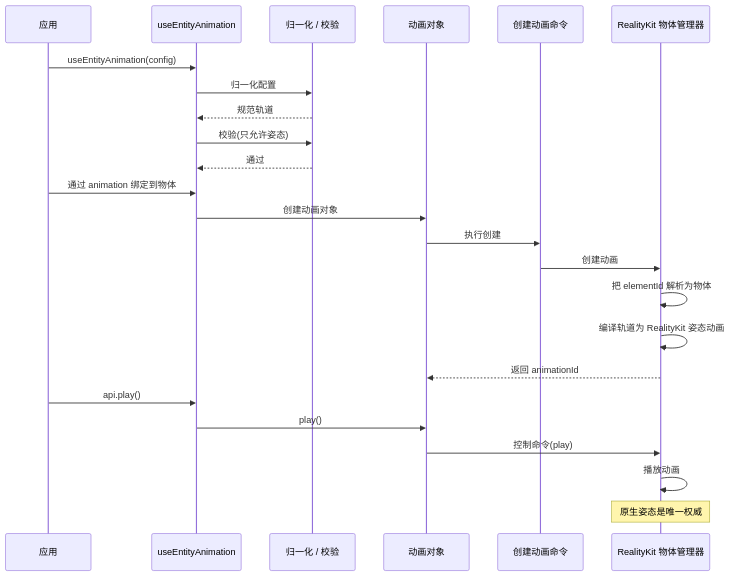
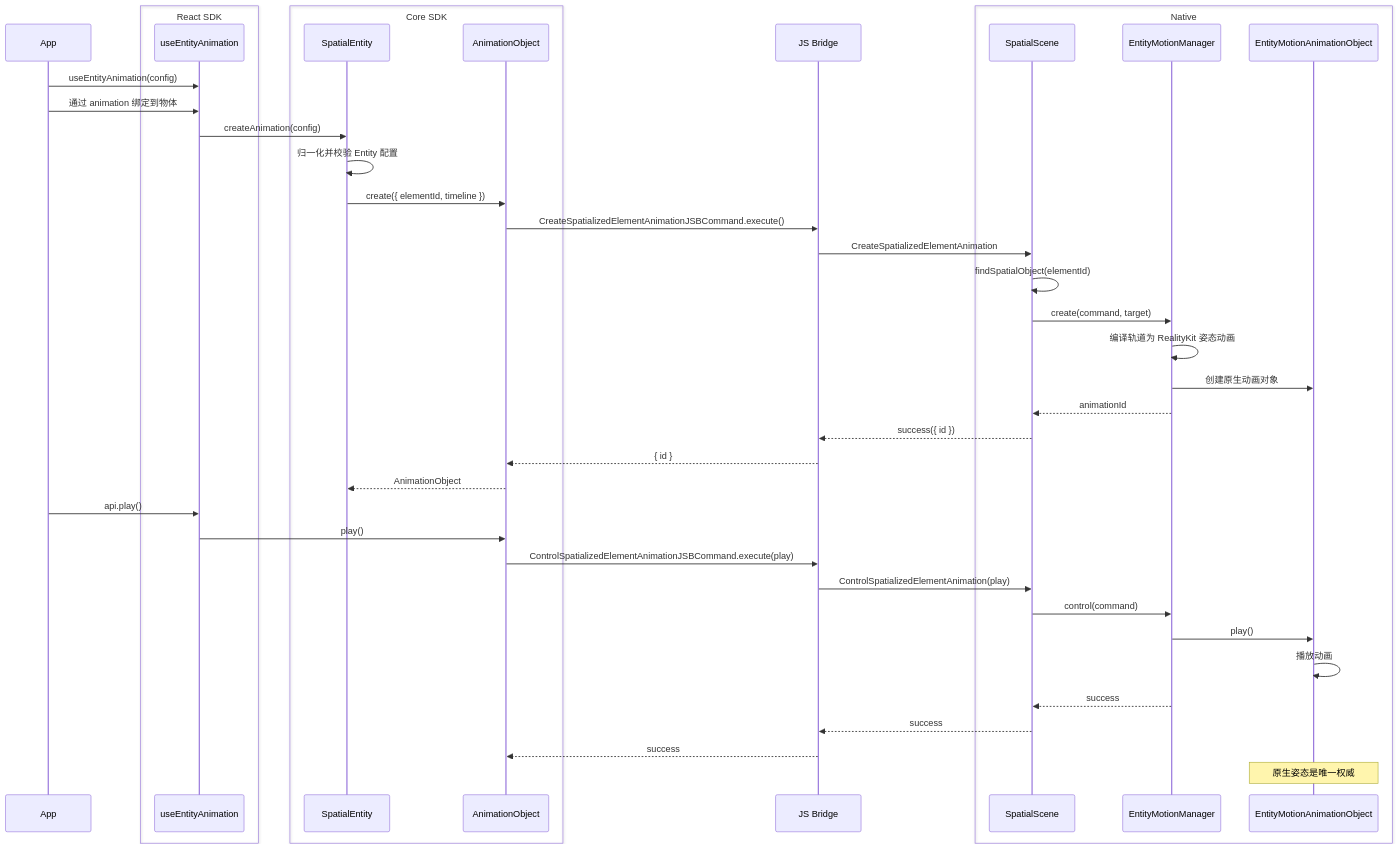
The third of 14 diagrams in openspec/changes/redesign-entity-motion-api/design.zh.md (webspatial/webspatial-sdk), drawn with Mermaid before and after one commit. The commit also changed other lines of this file and 3 other files, not shown here.

Commit message:
update spec structure and diagram

````diff
--- a/openspec/changes/redesign-entity-motion-api/design.zh.md
+++ b/openspec/changes/redesign-entity-motion-api/design.zh.md
@@ -290,27 +364,44 @@
 ```mermaid
 sequenceDiagram
-    participant App as 应用
-    participant Hook as useEntityAnimation
-    participant Core as 归一化 / 校验
-    participant Obj as 动画对象
-    participant JSB as 创建动画命令
-    participant Native as RealityKit 物体管理器
+    participant App
+    box React SDK
+        participant Hook as useEntityAnimation
+    end
+    box Core SDK
+        participant Entity as SpatialEntity
+        participant Obj as AnimationObject
+    end
+    participant Bridge as JS Bridge
+    box Native
+        participant Scene as SpatialScene
+        participant Manager as EntityMotionManager
+        participant NativeObj as EntityMotionAnimationObject
+    end
 
     App->>Hook: useEntityAnimation(config)
-    Hook->>Core: 归一化配置
-    Core-->>Hook: 规范轨道
-    Hook->>Core: 校验(只允许姿态)
-    Core-->>Hook: 通过
     App->>Hook: 通过 animation 绑定到物体
-    Hook->>Obj: 创建动画对象
-    Obj->>JSB: 执行创建
-    JSB->>Native: 创建动画
-    Native->>Native: 把 elementId 解析为物体
-    Native->>Native: 编译轨道为 RealityKit 姿态动画
-    Native-->>Obj: 返回 animationId
+    Hook->>Entity: createAnimation(config)
+    Entity->>Entity: 归一化并校验 Entity 配置
+    Entity->>Obj: create({ elementId, timeline })
+    Obj->>Bridge: CreateSpatializedElementAnimationJSBCommand.execute()
+    Bridge->>Scene: CreateSpatializedElementAnimation
+    Scene->>Scene: findSpatialObject(elementId)
+    Scene->>Manager: create(command, target)
+    Manager->>Manager: 编译轨道为 RealityKit 姿态动画
+    Manager->>NativeObj: 创建原生动画对象
+    Manager-->>Scene: animationId
+    Scene-->>Bridge: success({ id })
+    Bridge-->>Obj: { id }
+    Obj-->>Entity: AnimationObject
     App->>Hook: api.play()
     Hook->>Obj: play()
-    Obj->>Native: 控制命令(play)
-    Native->>Native: 播放动画
-    Note over Native: 原生姿态是唯一权威
+    Obj->>Bridge: ControlSpatializedElementAnimationJSBCommand.execute(play)
+    Bridge->>Scene: ControlSpatializedElementAnimation(play)
+    Scene->>Manager: control(command)
+    Manager->>NativeObj: play()
+    NativeObj->>NativeObj: 播放动画
+    Manager-->>Scene: success
+    Scene-->>Bridge: success
+    Bridge-->>Obj: success
+    Note over NativeObj: 原生姿态是唯一权威
 ```
````
